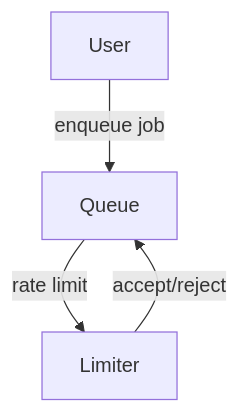
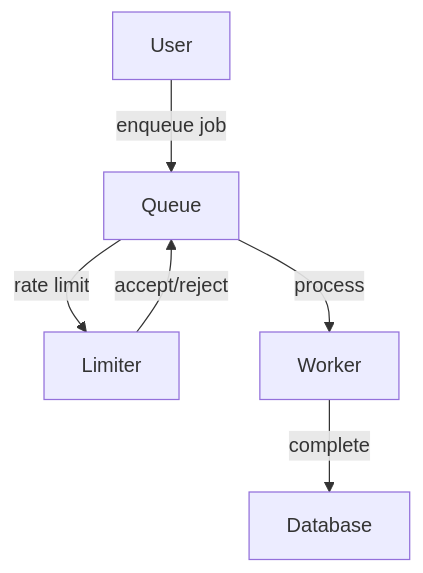
One commit to Param-Harrison/ebook-writer changed the second of 11 diagrams in books/backendchallenges-sample.md. Above: the diagram before and after it, drawn with Mermaid. The commit also changed other lines of this file and 1 other file, not shown here.

````diff
--- a/books/backendchallenges-sample.md
+++ b/books/backendchallenges-sample.md
@@ -58,6 +107,8 @@
 ```mermaid
 graph TD
   User-->|enqueue job|Queue
   Queue-->|rate limit|Limiter
   Limiter-->|accept/reject|Queue
+  Queue-->|process|Worker
+  Worker-->|complete|Database
 ```
````
